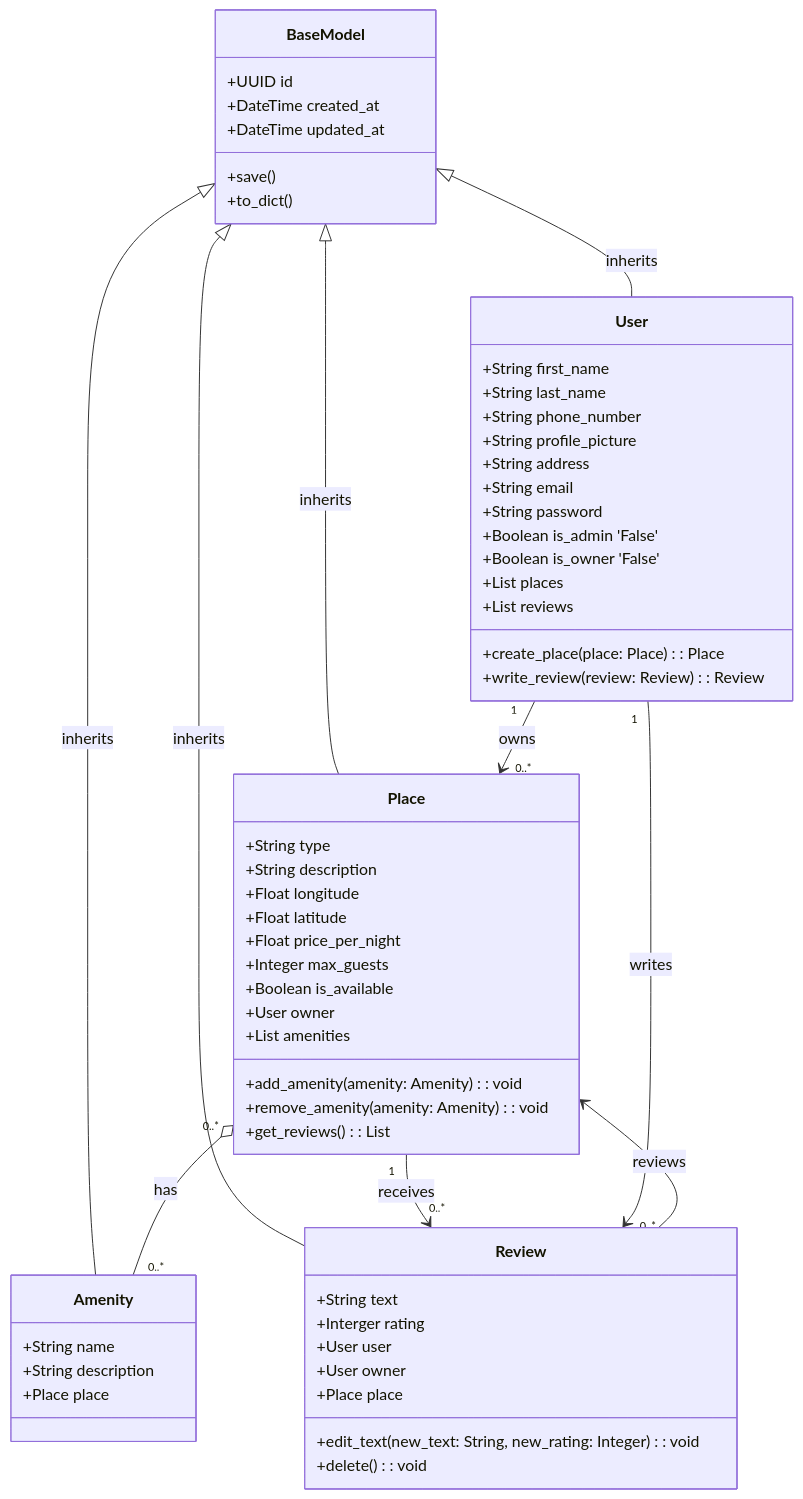
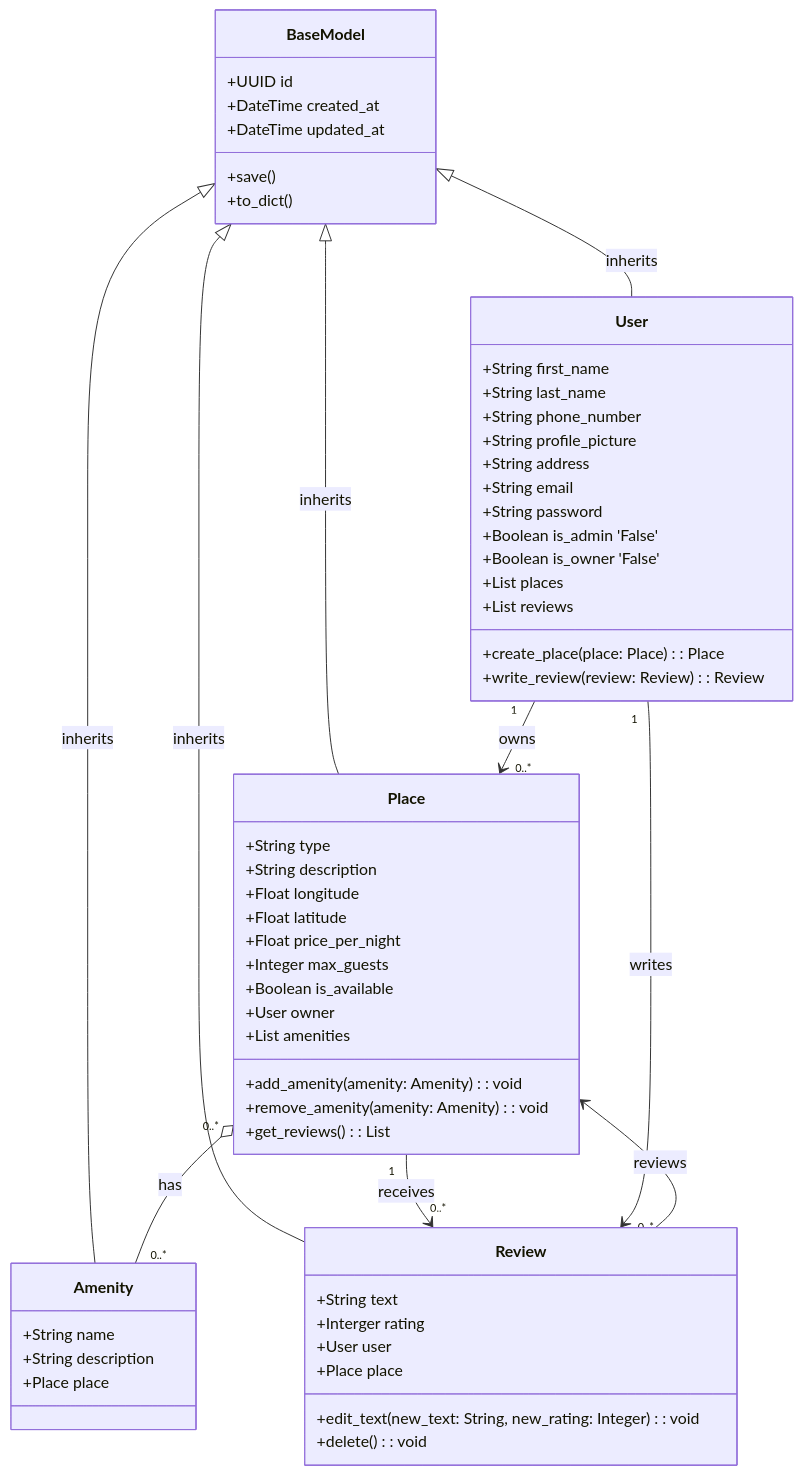
One commit to ItsZmainDev/holbertonschool-hbnb changed the diagram in part1/Detailed Class Diagram for Business Logic Layer.mmd. Above: the diagram before and after it, drawn with Mermaid.

Commit message:
Remove owner on the review model

```diff
--- a/part1/Detailed Class Diagram for Business Logic Layer.mmd
+++ b/part1/Detailed Class Diagram for Business Logic Layer.mmd
@@ -1,68 +1,67 @@
 classDiagram
     class BaseModel {
         +UUID id
         +DateTime created_at
         +DateTime updated_at
         +save()
         +to_dict()
     }
 
     class User {
         +String first_name
         +String last_name
         +String phone_number
         +String profile_picture
         +String address
         +String email
         +String password
         +Boolean is_admin 'False'
         +Boolean is_owner 'False'
         +List<Place> places
         +List<Review> reviews
         +create_place(place: Place): Place
         +write_review(review: Review): Review
     }
 
     class Place {
         +String type
         +String description
         +Float longitude
         +Float latitude
         +Float price_per_night
         +Integer max_guests
         +Boolean is_available
         +User owner
         +List<Amenity> amenities
         +add_amenity(amenity: Amenity): void
         +remove_amenity(amenity: Amenity): void
         +get_reviews(): List<Review>
     }
 
     class Amenity {
         +String name
         +String description
         +Place place
     }
 
     class Review {
         +String text
         +Interger rating
         +User user
-        +User owner
         +Place place
         +edit_text(new_text: String, new_rating: Integer): void
         +delete(): void
     }
 
     %% Inheritance
     BaseModel <|-- User : inherits
     BaseModel <|-- Place : inherits
     BaseModel <|-- Amenity : inherits
     BaseModel <|-- Review : inherits
 
     %% Relationships
     User "1" --> "0..*" Place : owns
     Place "0..*" o-- "0..*" Amenity : has
     Place "1" --> "0..*" Review : receives
     User "1" --> "0..*" Review : writes
     Review --> Place: reviews
```
